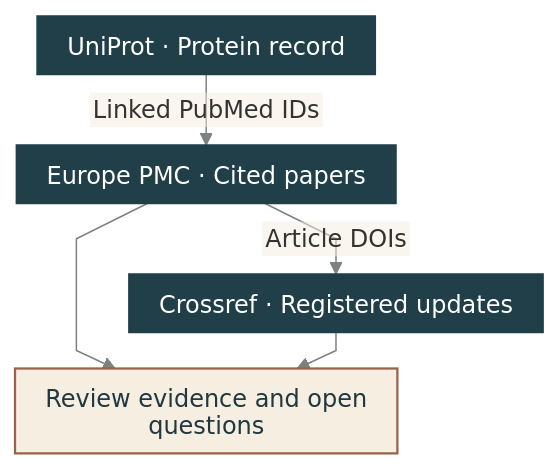
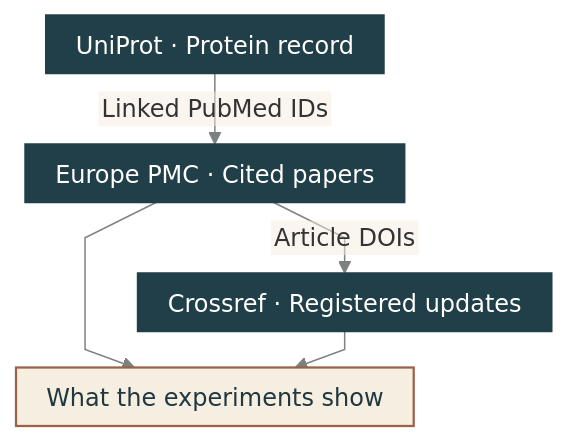
Before and after one commit to BioSymphony/bioprospector: the diagram in README.md, drawn with Mermaid. The commit also changed other lines of this file and 1 other file, not shown here.

Commit message:
State the enzyme example as a question

````diff
--- a/README.md
+++ b/README.md
@@ -41,14 +41,14 @@
 ```mermaid
 %%{init: {"theme":"base","htmlLabels":false,"themeVariables":{"fontFamily":"Arial, sans-serif","fontSize":"16px","lineColor":"#7C827F","edgeLabelBackground":"#F6EEE0","textColor":"#203840"},"flowchart":{"htmlLabels":false,"curve":"linear","rankSpacing":24,"padding":10,"wrappingWidth":244}}}%%
 flowchart TD
-    accTitle: Follow a protein annotation to its sources
-    accDescr: Pass linked PubMed IDs from UniProt to Europe PMC. Pass article DOIs to Crossref to check registered updates. Review the cited evidence and report open questions.
+    accTitle: Check whether an enzyme breaks down lactose
+    accDescr: Pass linked PubMed IDs from UniProt to Europe PMC. Pass article DOIs to Crossref to check registered updates. Report whether the cited experiments measured lactose breakdown.
     record["UniProt · Protein record"] -->|Linked PubMed IDs| papers["Europe PMC · Cited papers"]
     papers -->|Article DOIs| updates["Crossref · Registered updates"]
-    papers --> review["Review evidence and open questions"]
+    papers --> review["What the experiments show"]
     updates --> review
     classDef lookup fill:#203F49,stroke:#203F49,color:#FFFFFF,stroke-width:1px
     classDef result fill:#F6EEE0,stroke:#9A6248,color:#203840,stroke-width:1.5px
     class record,papers,updates lookup
     class review result
 ```
````
